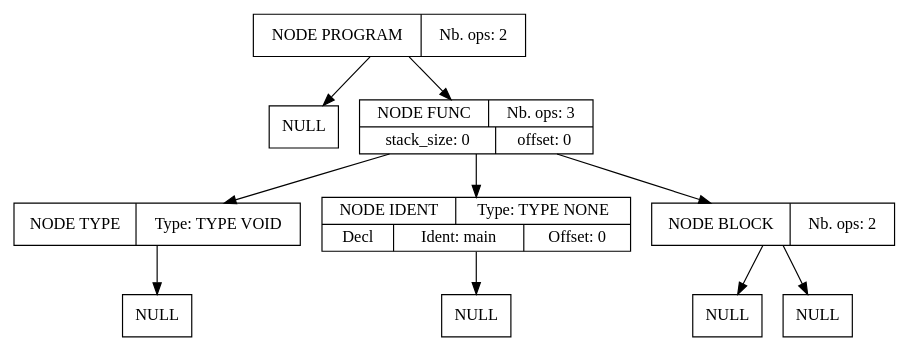
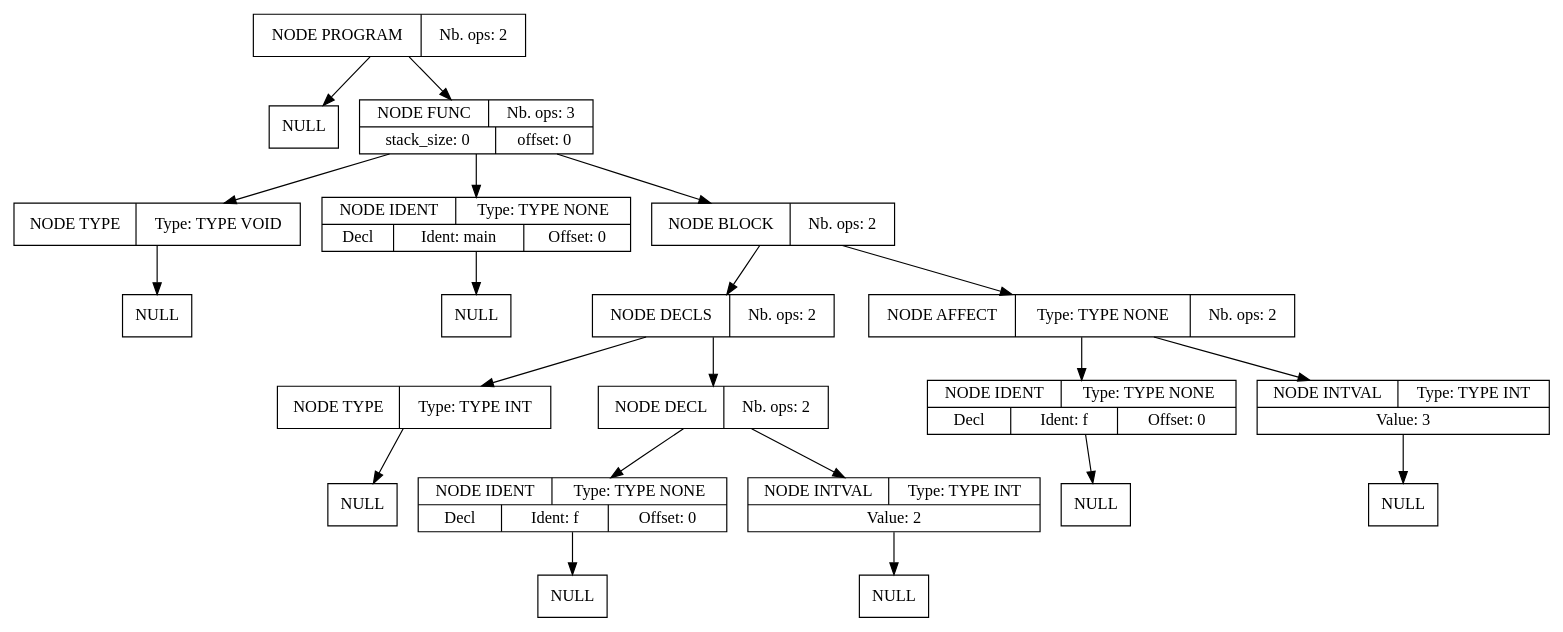
One commit to Serial-DeV/Compilation changed the diagram in projet_compilation_src/src/fichier_dump.dot. Above: the diagram before and after it, drawn with Graphviz. The commit also changed 12 other files, not shown here.

```diff
--- a/projet_compilation_src/src/fichier_dump.dot
+++ b/projet_compilation_src/src/fichier_dump.dot
@@ -1,30 +1,63 @@
 digraph global_vars {
     N1 [shape=record, label="{{NODE PROGRAM|Nb. ops: 2}}"];
     N2 [shape=record, label="{{NULL}}"];
     edge[tailclip=true];
     N1 -> N2
     N3 [shape=record, label="{{NODE FUNC|Nb. ops: 3}|{stack_size: 0|offset: 0}}"];
     N4 [shape=record, label="{{NODE TYPE|Type: TYPE VOID}}"];
     N5 [shape=record, label="{{NULL}}"];
     edge[tailclip=true];
     N4 -> N5
     edge[tailclip=true];
     N3 -> N4
     N6 [shape=record, label="{{NODE IDENT|Type: TYPE NONE}|{<decl>Decl      |Ident: main|Offset: 0}}"];
     N7 [shape=record, label="{{NULL}}"];
     edge[tailclip=true];
     N6 -> N7
     edge[tailclip=true];
     N3 -> N6
     N8 [shape=record, label="{{NODE BLOCK|Nb. ops: 2}}"];
-    N9 [shape=record, label="{{NULL}}"];
+    N9 [shape=record, label="{{NODE DECLS|Nb. ops: 2}}"];
+    N10 [shape=record, label="{{NODE TYPE|Type: TYPE INT}}"];
+    N11 [shape=record, label="{{NULL}}"];
+    edge[tailclip=true];
+    N10 -> N11
+    edge[tailclip=true];
+    N9 -> N10
+    N12 [shape=record, label="{{NODE DECL|Nb. ops: 2}}"];
+    N13 [shape=record, label="{{NODE IDENT|Type: TYPE NONE}|{<decl>Decl      |Ident: f|Offset: 0}}"];
+    N14 [shape=record, label="{{NULL}}"];
+    edge[tailclip=true];
+    N13 -> N14
+    edge[tailclip=true];
+    N12 -> N13
+    N15 [shape=record, label="{{NODE INTVAL|Type: TYPE INT}|{Value: 2}}"];
+    N16 [shape=record, label="{{NULL}}"];
+    edge[tailclip=true];
+    N15 -> N16
+    edge[tailclip=true];
+    N12 -> N15
+    edge[tailclip=true];
+    N9 -> N12
     edge[tailclip=true];
     N8 -> N9
-    N10 [shape=record, label="{{NULL}}"];
+    N17 [shape=record, label="{{NODE AFFECT|Type: TYPE NONE|Nb. ops: 2}}"];
+    N18 [shape=record, label="{{NODE IDENT|Type: TYPE NONE}|{<decl>Decl      |Ident: f|Offset: 0}}"];
+    N19 [shape=record, label="{{NULL}}"];
     edge[tailclip=true];
-    N8 -> N10
+    N18 -> N19
+    edge[tailclip=true];
+    N17 -> N18
+    N20 [shape=record, label="{{NODE INTVAL|Type: TYPE INT}|{Value: 3}}"];
+    N21 [shape=record, label="{{NULL}}"];
+    edge[tailclip=true];
+    N20 -> N21
+    edge[tailclip=true];
+    N17 -> N20
+    edge[tailclip=true];
+    N8 -> N17
     edge[tailclip=true];
     N3 -> N8
     edge[tailclip=true];
     N1 -> N3
 }
```
